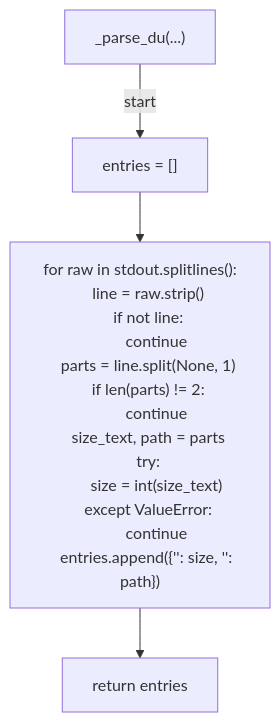
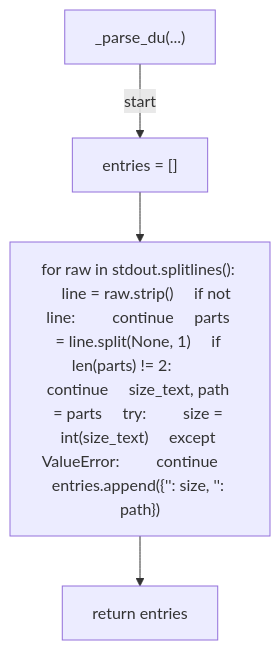
Before and after one commit to tvna/claude-md: the seventh of 13 diagrams in docs/generated/scripts/ast/measure_devcontainer_startup.md, drawn with Mermaid. The commit also changed other lines of this file and 30 other files, not shown here.

First line of the commit message:
docs(generated): regenerate decision tree and workflow diagrams (batch 2/5)

````diff
--- a/docs/generated/scripts/ast/measure_devcontainer_startup.md
+++ b/docs/generated/scripts/ast/measure_devcontainer_startup.md
@@ -107,22 +107,10 @@
 ```mermaid
 flowchart TD
     N001["_parse_du(...)"]
     N002["entries = []"]
-    N003["for raw in stdout.splitlines():
-    line = raw.strip()
-    if not line:
-        continue
-    parts = line.split(None, 1)
-    if len(parts) != 2:
-        continue
-    size_text, path = parts
-    try:
-        size = int(size_text)
-    except ValueError:
-        continue
-    entries.append({'<str>': size, '<str>': path})"]
+    N003["for raw in stdout.splitlines():     line = raw.strip()     if not line:         continue     parts = line.split(None, 1)     if len(parts) != 2:         continue     size_text, path = parts     try:         size = int(size_text)     except ValueError:         continue     entries.append({'<str>': size, '<str>': path})"]
     N004["return entries"]
     N001 -->|"start"| N002
     N002 --> N003
     N003 --> N004
 ```
````
